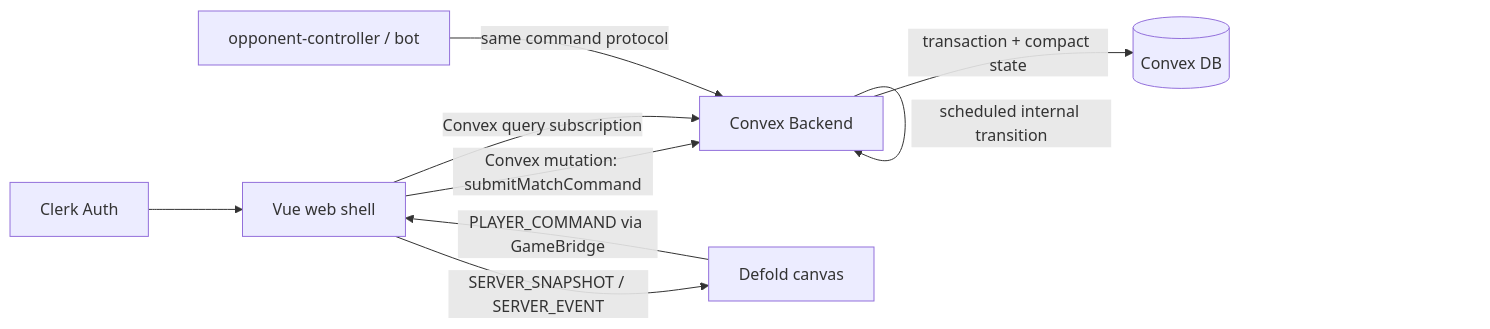
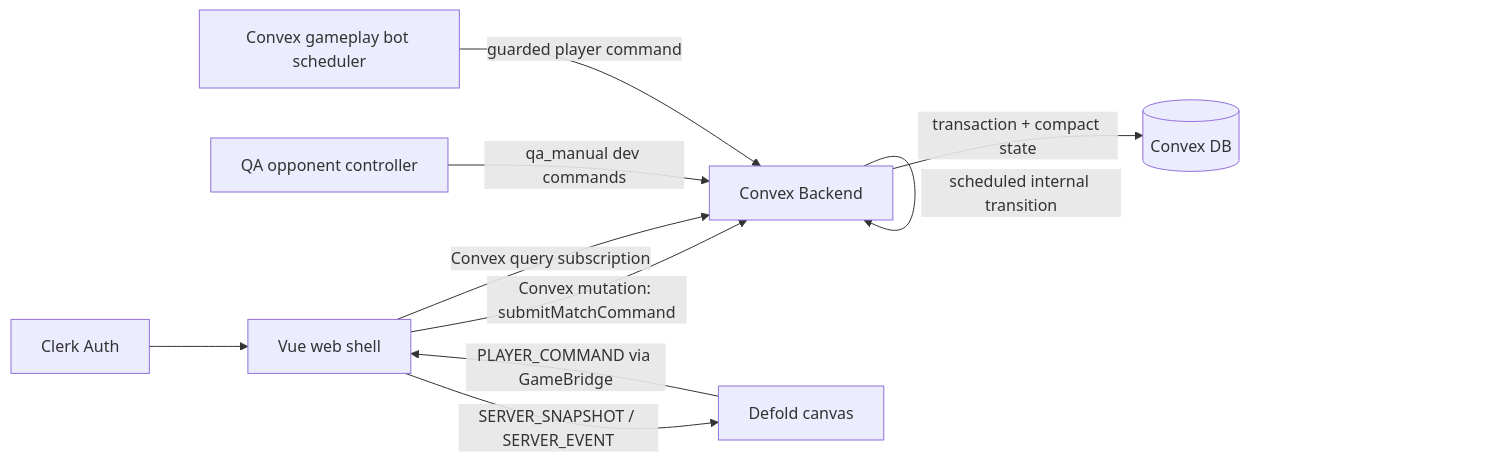
Before and after one commit to deliciouscat/CylinderDicer: the diagram in shared/docs/CONVEX_IMPLEMENTATION.md, drawn with Mermaid. The commit also changed other lines of this file and 193 other files, not shown here.

````diff
--- a/shared/docs/CONVEX_IMPLEMENTATION.md
+++ b/shared/docs/CONVEX_IMPLEMENTATION.md
@@ -36,11 +36,12 @@
 ```mermaid
 flowchart LR
     Clerk["Clerk Auth"] --> Vue["Vue web shell"]
     Vue -->|"Convex mutation: submitMatchCommand"| Convex["Convex Backend"]
     Convex -->|"transaction + compact state"| DB[("Convex DB")]
     Vue -->|"Convex query subscription"| Convex
     Vue -->|"SERVER_SNAPSHOT / SERVER_EVENT"| Defold["Defold canvas"]
     Defold -->|"PLAYER_COMMAND via GameBridge"| Vue
-    QA["opponent-controller / bot"] -->|"same command protocol"| Convex
+    QA["QA opponent controller"] -->|"qa_manual dev commands"| Convex
+    Bot["Convex gameplay bot scheduler"] -->|"guarded player command"| Convex
     Convex -->|"scheduled internal transition"| Convex
 ```
````
